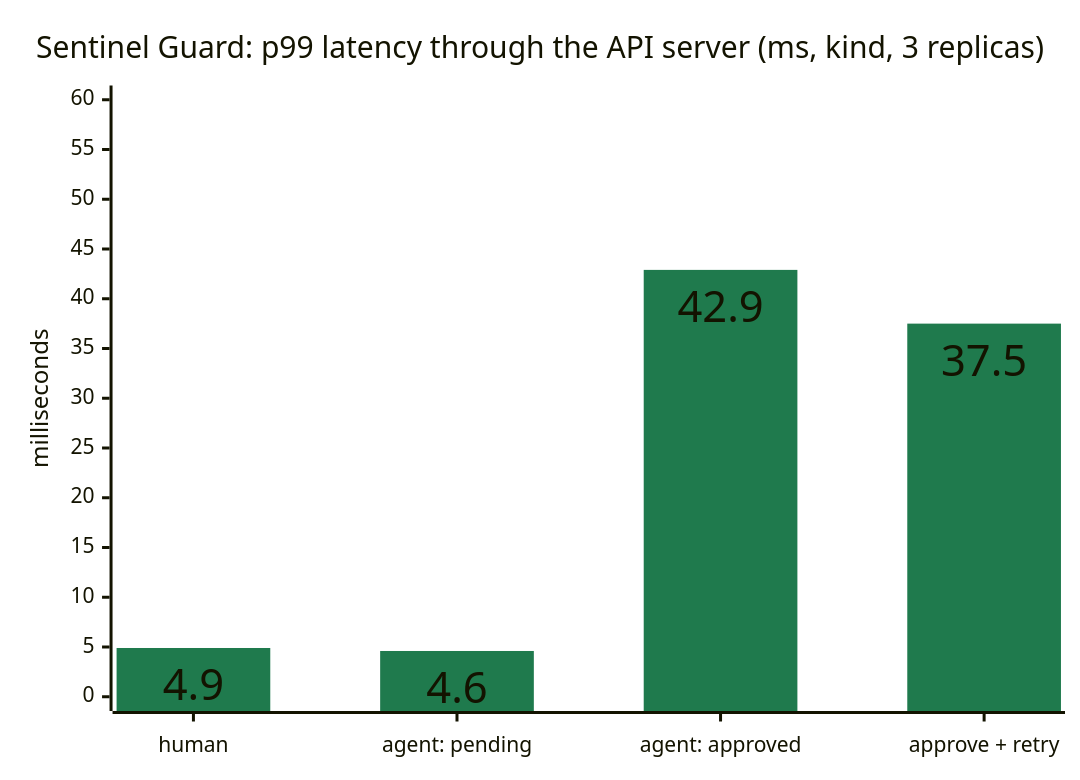
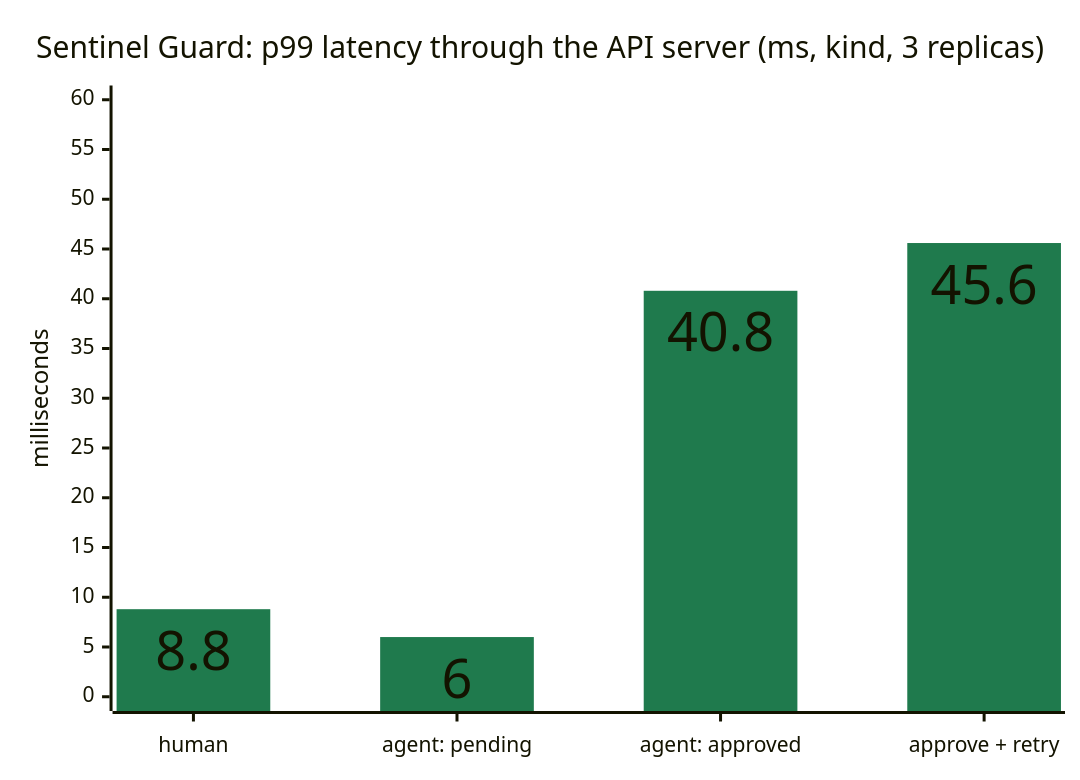
Before and after one commit to abdulmdev/sentinel-incident-copilot: the diagram in docs/handbook/diagrams/17-chart-guard-latency.mmd, drawn with Mermaid. The commit also changed 60 other files, not shown here.

```diff
--- a/docs/handbook/diagrams/17-chart-guard-latency.mmd
+++ b/docs/handbook/diagrams/17-chart-guard-latency.mmd
@@ -1,13 +1,13 @@
 ---
 config:
   xyChart:
     showDataLabel: true
   themeVariables:
     xyChart:
       plotColorPalette: "#1f7a4d"
 ---
 xychart-beta
   title "Sentinel Guard: p99 latency through the API server (ms, kind, 3 replicas)"
   x-axis ["human", "agent: pending", "agent: approved", "approve + retry"]
   y-axis "milliseconds" 0 --> 60
-  bar [4.9, 4.6, 42.9, 37.5]
+  bar [8.8, 6.0, 40.8, 45.6]
```
